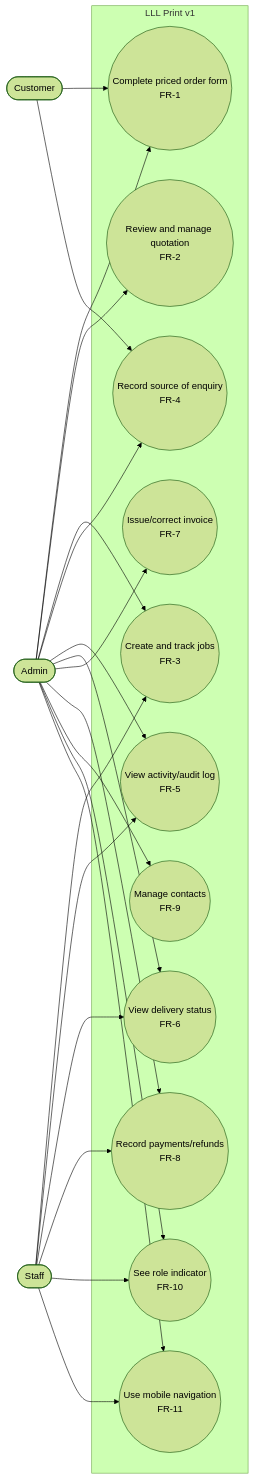
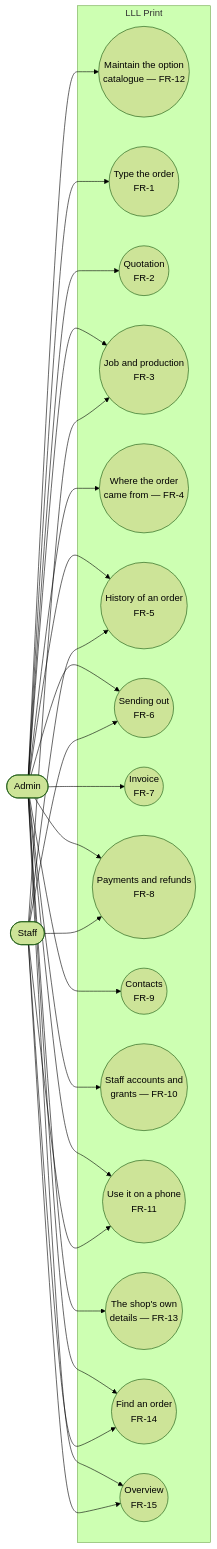
One commit to LLL-development/lll-print changed the second of 2 diagrams in docs/SRS.md. Above: the diagram before and after it, drawn with Mermaid (forest theme). The commit also changed other lines of this file and 2 other files, not shown here.

First line of the commit message:
docs: rewrite the three documents against the agreed architecture

````diff
--- a/docs/SRS.md
+++ b/docs/SRS.md
@@ -280,41 +294,47 @@
 ```mermaid
 flowchart LR
-    Customer(["Customer"])
     Admin(["Admin"])
     Staff(["Staff"])
 
-    subgraph System["LLL Print v1"]
-        UC1(("Complete priced order form<br/>FR-1"))
-        UC2(("Review and manage quotation<br/>FR-2"))
-        UC3(("Create and track jobs<br/>FR-3"))
-        UC4(("Record source of enquiry<br/>FR-4"))
-        UC5(("View activity/audit log<br/>FR-5"))
-        UC6(("View delivery status<br/>FR-6"))
-        UC7(("Issue/correct invoice<br/>FR-7"))
-        UC8(("Record payments/refunds<br/>FR-8"))
-        UC9(("Manage contacts<br/>FR-9"))
-        UC10(("See role indicator<br/>FR-10"))
-        UC11(("Use mobile navigation<br/>FR-11"))
+    subgraph System["LLL Print"]
+        UC12(("Maintain the option<br/>catalogue — FR-12"))
+        UC1(("Type the order<br/>FR-1"))
+        UC2(("Quotation<br/>FR-2"))
+        UC3(("Job and production<br/>FR-3"))
+        UC4(("Where the order<br/>came from — FR-4"))
+        UC5(("History of an order<br/>FR-5"))
+        UC6(("Sending out<br/>FR-6"))
+        UC7(("Invoice<br/>FR-7"))
+        UC8(("Payments and refunds<br/>FR-8"))
+        UC9(("Contacts<br/>FR-9"))
+        UC10(("Staff accounts and<br/>grants — FR-10"))
+        UC11(("Use it on a phone<br/>FR-11"))
+        UC13(("The shop's own<br/>details — FR-13"))
+        UC14(("Find an order<br/>FR-14"))
+        UC15(("Overview<br/>FR-15"))
     end
 
-    Customer --> UC1
-    Customer --> UC4
+    Admin --> UC12
     Admin --> UC1
     Admin --> UC2
     Admin --> UC3
     Admin --> UC4
     Admin --> UC5
     Admin --> UC6
     Admin --> UC7
     Admin --> UC8
     Admin --> UC9
     Admin --> UC10
     Admin --> UC11
+    Admin --> UC13
+    Admin --> UC14
+    Admin --> UC15
 
     Staff --> UC3
     Staff --> UC5
     Staff --> UC6
     Staff --> UC8
-    Staff --> UC10
     Staff --> UC11
+    Staff --> UC14
+    Staff --> UC15
 ```
````
